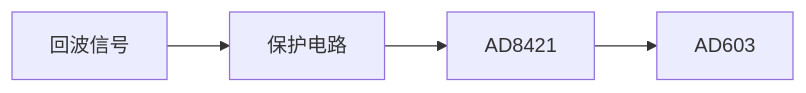
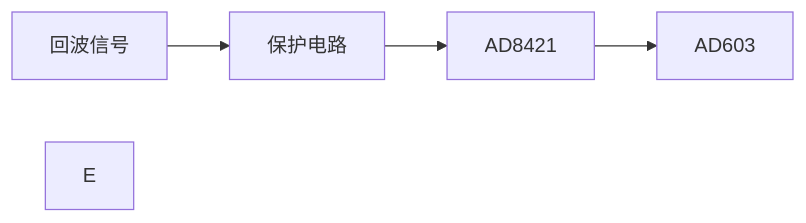
Before and after one commit to Rukawa15/iodraw-files: the diagram in all/多通道同步采集-1.md, drawn with Mermaid.

Commit message:
2025-06-18 23:20:28 update

````diff
--- a/all/多通道同步采集-1.md
+++ b/all/多通道同步采集-1.md
@@ -1,6 +1,6 @@
 ```mermaid
 graph LR
 A[回波信号] --> B[保护电路]
 B --> C[AD8421] -->D[AD603]
-
+E
 ```
````
